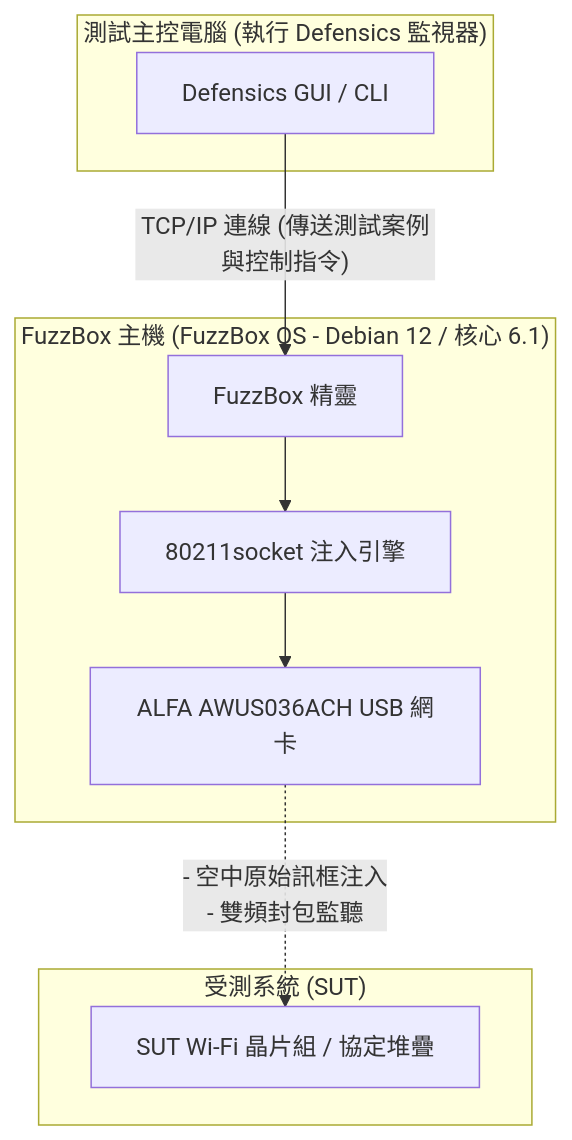
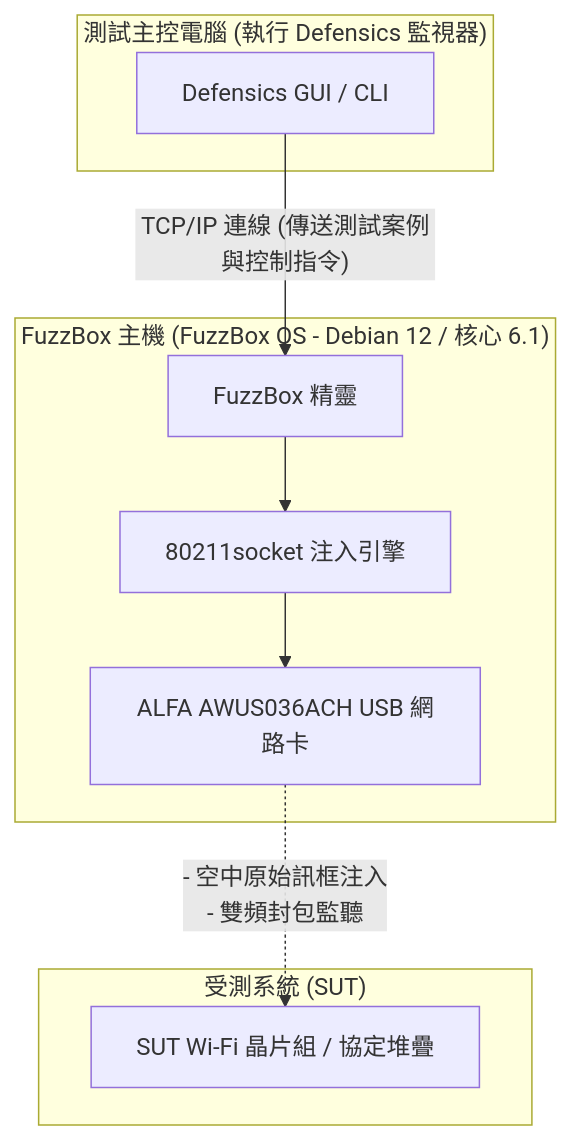
The diagram in content/zh-tw/blog/black-duck-fuzzbox-alfa-awus036ach-compatibility-guide/_index.md (yopitek/yupitek_official_web), drawn with Mermaid before and after one commit. The commit also changed 17 other files, not shown here.

````diff
--- a/content/zh-tw/blog/black-duck-fuzzbox-alfa-awus036ach-compatibility-guide/_index.md
+++ b/content/zh-tw/blog/black-duck-fuzzbox-alfa-awus036ach-compatibility-guide/_index.md
@@ -179,21 +179,21 @@
 ```mermaid
 graph TD
     subgraph Test_Console_PC ["測試主控電腦 (執行 Defensics 監視器)"]
         A[Defensics GUI / CLI]
     end
 
     subgraph FuzzBox_System ["FuzzBox 主機 (FuzzBox OS - Debian 12 / 核心 6.1)"]
         B[FuzzBox 精靈]
         C[80211socket 注入引擎]
-        D[ALFA AWUS036ACH USB 網卡]
+        D[ALFA AWUS036ACH USB 網路卡]
     end
 
     subgraph Target_Device ["受測系統 (SUT)"]
         E[SUT Wi-Fi 晶片組 / 協定堆疊]
     end
 
     A -- "TCP/IP 連線 (傳送測試案例與控制指令)" --> B
     B --> C
     C --> D
     D -.->|"- 空中原始訊框注入<br/>- 雙頻封包監聽"| E
 ```
````
